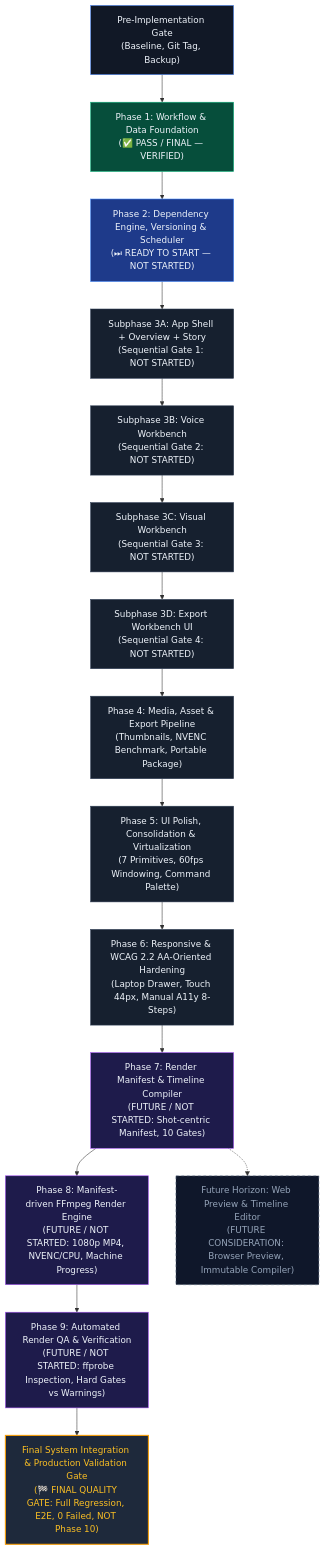
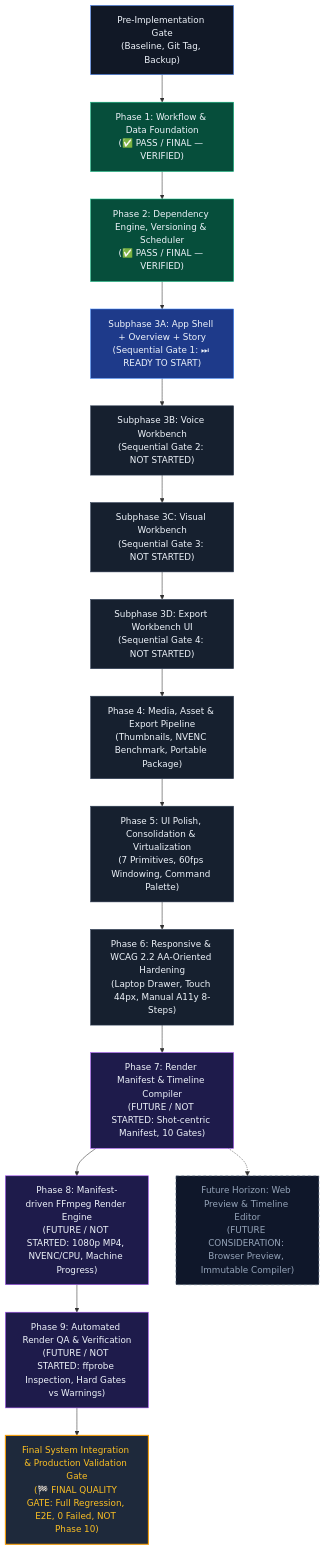
Before and after one commit to huutin000/UnfoldIQ: the diagram in docs/implementation/implementation_plan.md, drawn with Mermaid. The commit also changed other lines of this file and 27 other files, not shown here.

Commit message:
feat(phase2): complete Phase 2 dependency graph, versioning, resource scheduler, and real-engine closure (483/483 pass)

````diff
--- a/docs/implementation/implementation_plan.md
+++ b/docs/implementation/implementation_plan.md
@@ -1118,46 +1232,46 @@
 ```mermaid
 graph TD
     PRE["Pre-Implementation Gate<br>(Baseline, Git Tag, Backup)"] --> P1["Phase 1: Workflow & Data Foundation<br>(✅ PASS / FINAL — VERIFIED)"]
     
-    P1 --> P2["Phase 2: Dependency Engine, Versioning & Scheduler<br>(⏭ READY TO START — NOT STARTED)"]
+    P1 --> P2["Phase 2: Dependency Engine, Versioning & Scheduler<br>(✅ PASS / FINAL — VERIFIED)"]
     
-    P2 --> P3A["Subphase 3A: App Shell + Overview + Story<br>(Sequential Gate 1: NOT STARTED)"]
+    P2 --> P3A["Subphase 3A: App Shell + Overview + Story<br>(Sequential Gate 1: ⏭ READY TO START)"]
     
     P3A --> P3B["Subphase 3B: Voice Workbench<br>(Sequential Gate 2: NOT STARTED)"]
     
     P3B --> P3C["Subphase 3C: Visual Workbench<br>(Sequential Gate 3: NOT STARTED)"]
     
     P3C --> P3D["Subphase 3D: Export Workbench UI<br>(Sequential Gate 4: NOT STARTED)"]
     
     P3D --> P4["Phase 4: Media, Asset & Export Pipeline<br>(Thumbnails, NVENC Benchmark, Portable Package)"]
     
     P4 --> P5["Phase 5: UI Polish, Consolidation & Virtualization<br>(7 Primitives, 60fps Windowing, Command Palette)"]
     
     P5 --> P6["Phase 6: Responsive & WCAG 2.2 AA-Oriented Hardening<br>(Laptop Drawer, Touch 44px, Manual A11y 8-Steps)"]
 
     P6 --> P7["Phase 7: Render Manifest & Timeline Compiler<br>(FUTURE / NOT STARTED: Shot-centric Manifest, 10 Gates)"]
 
     P7 --> P8["Phase 8: Manifest-driven FFmpeg Render Engine<br>(FUTURE / NOT STARTED: 1080p MP4, NVENC/CPU, Machine Progress)"]
 
     P8 --> P9["Phase 9: Automated Render QA & Verification<br>(FUTURE / NOT STARTED: ffprobe Inspection, Hard Gates vs Warnings)"]
 
     P9 --> FG["Final System Integration & Production Validation Gate<br>(🏁 FINAL QUALITY GATE: Full Regression, E2E, 0 Failed, NOT Phase 10)"]
 
     P7 -.-> FH["Future Horizon: Web Preview & Timeline Editor<br>(FUTURE CONSIDERATION: Browser Preview, Immutable Compiler)"]
 
     style PRE fill:#111826,stroke:#4f8cff,color:#eef3fa
     style P1 fill:#064e3b,stroke:#10b981,color:#eef3fa
-    style P2 fill:#1e3a8a,stroke:#3b82f6,color:#eef3fa
-    style P3A fill:#16202f,stroke:#2e3d55,color:#eef3fa
+    style P2 fill:#064e3b,stroke:#10b981,color:#eef3fa
+    style P3A fill:#1e3a8a,stroke:#3b82f6,color:#eef3fa
     style P3B fill:#16202f,stroke:#2e3d55,color:#eef3fa
     style P3C fill:#16202f,stroke:#2e3d55,color:#eef3fa
     style P3D fill:#16202f,stroke:#2e3d55,color:#eef3fa
     style P4 fill:#16202f,stroke:#2e3d55,color:#eef3fa
     style P5 fill:#16202f,stroke:#2e3d55,color:#eef3fa
     style P6 fill:#16202f,stroke:#2e3d55,color:#eef3fa
     style P7 fill:#1e1b4b,stroke:#a855f7,color:#eef3fa
     style P8 fill:#1e1b4b,stroke:#a855f7,color:#eef3fa
     style P9 fill:#1e1b4b,stroke:#a855f7,color:#eef3fa
     style FG fill:#1e293b,stroke:#f59e0b,stroke-width:2px,color:#fbbf24
     style FH fill:#0f172a,stroke:#64748b,stroke-dasharray: 5 5,color:#94a3b8
 ```
````
